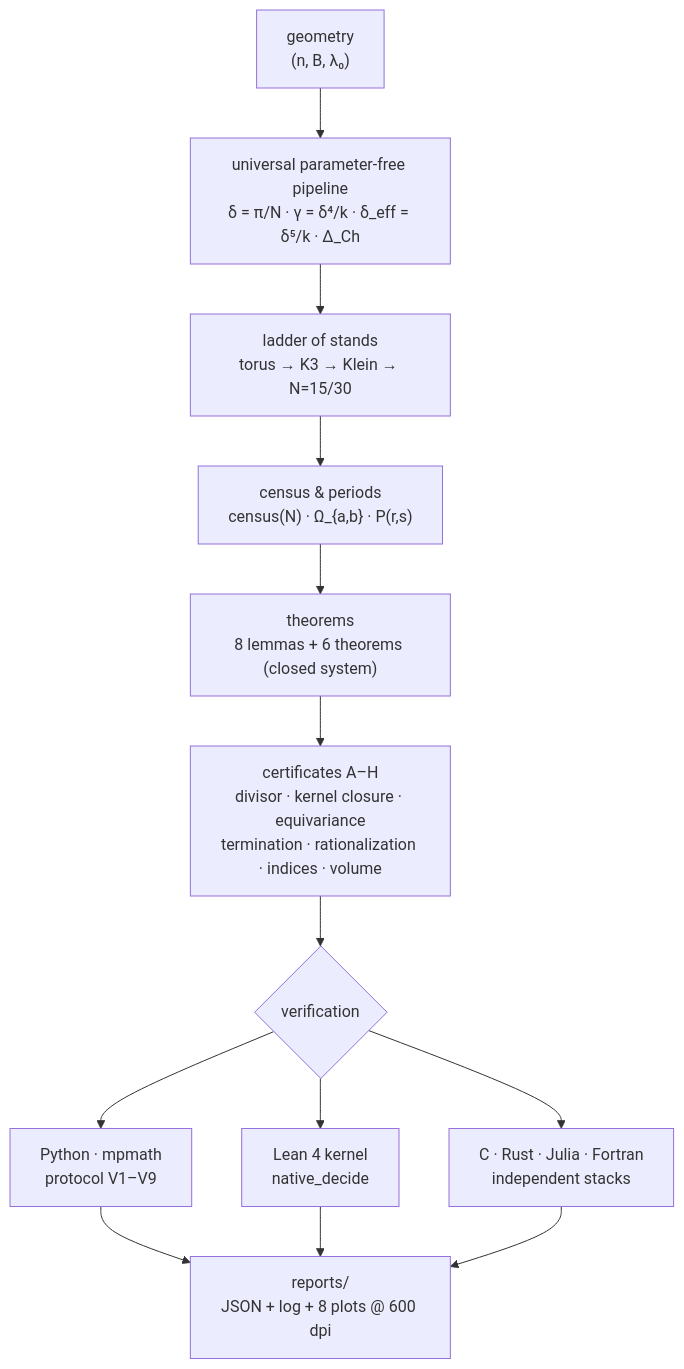
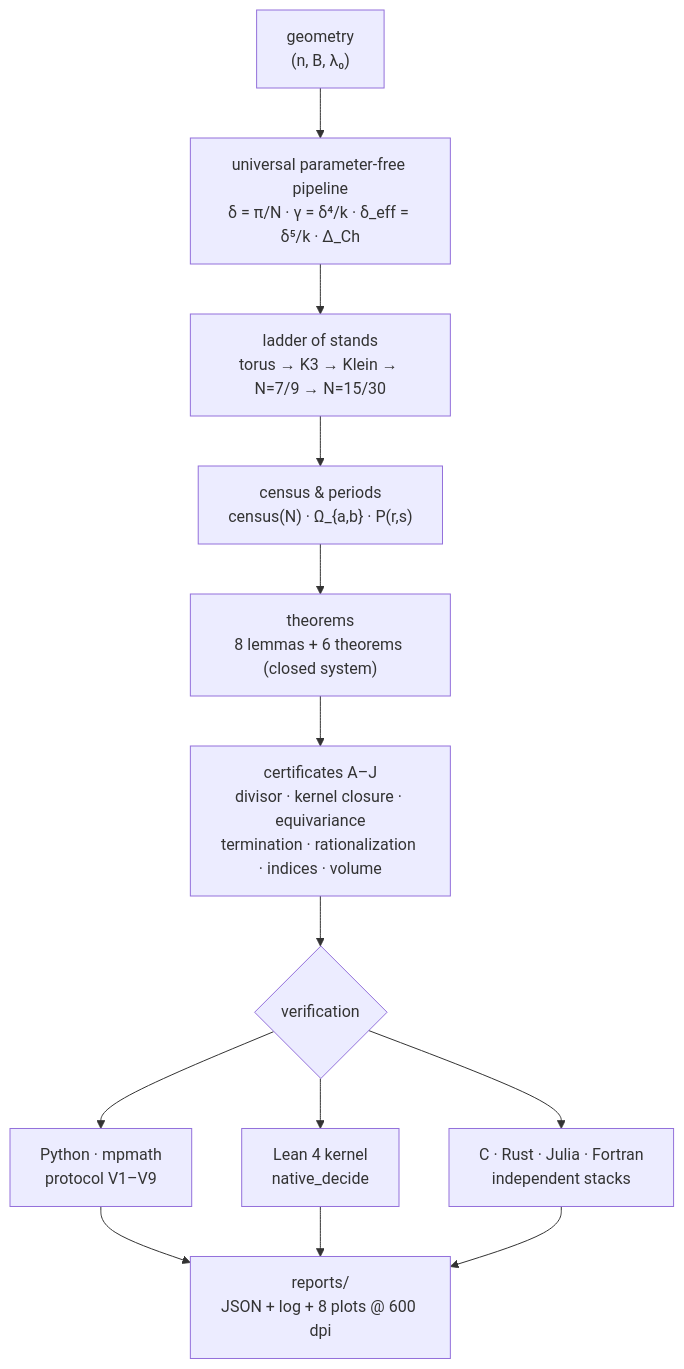
One commit to wild8highlander/hodge-laboratory changed the diagram in README.md. Above: the diagram before and after it, drawn with Mermaid. The commit also changed other lines of this file and 10 other files, not shown here.

````diff
--- a/README.md
+++ b/README.md
@@ -221,15 +224,15 @@
 ```mermaid
 flowchart TB
     G["geometry<br/>(n, B, λ₀)"] --> P["universal parameter-free pipeline<br/>δ = π/N · γ = δ⁴/k · δ_eff = δ⁵/k · Δ_Ch"]
-    P --> S["ladder of stands<br/>torus → K3 → Klein → N=15/30"]
+    P --> S["ladder of stands<br/>torus → K3 → Klein → N=7/9 → N=15/30"]
     S --> C["census & periods<br/>census(N) · Ω_{a,b} · P(r,s)"]
     C --> T["theorems<br/>8 lemmas + 6 theorems (closed system)"]
-    T --> CERT["certificates A–H<br/>divisor · kernel closure · equivariance<br/>termination · rationalization · indices · volume"]
+    T --> CERT["certificates A–J<br/>divisor · kernel closure · equivariance<br/>termination · rationalization · indices · volume"]
     CERT --> V{"verification"}
     V --> PY["Python · mpmath<br/>protocol V1–V9"]
     V --> LEAN["Lean 4 kernel<br/>native_decide"]
     V --> MLI["C · Rust · Julia · Fortran<br/>independent stacks"]
     PY --> R["reports/<br/>JSON + log + 8 plots @ 600 dpi"]
     LEAN --> R
     MLI --> R
 ```
````
